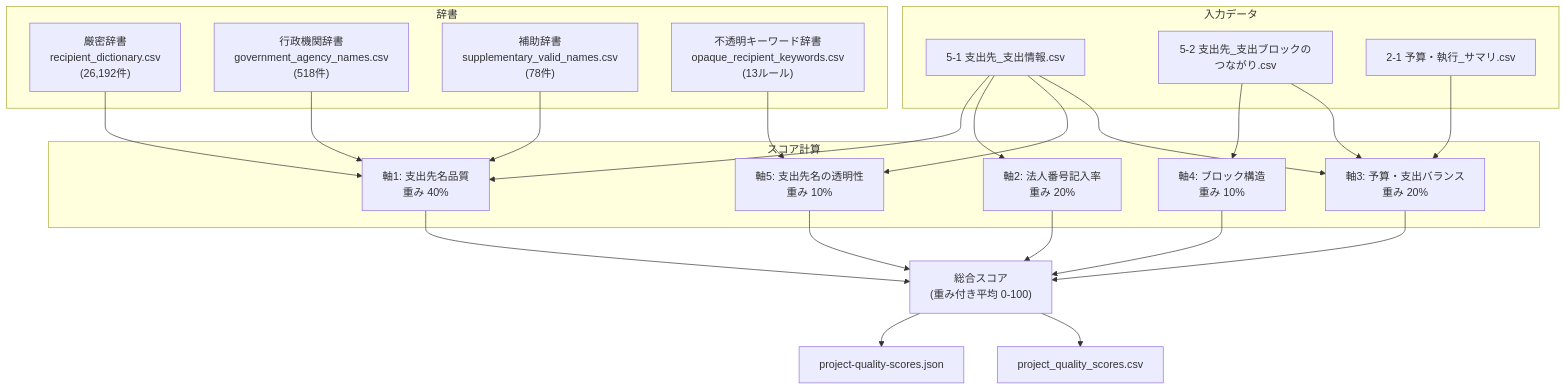
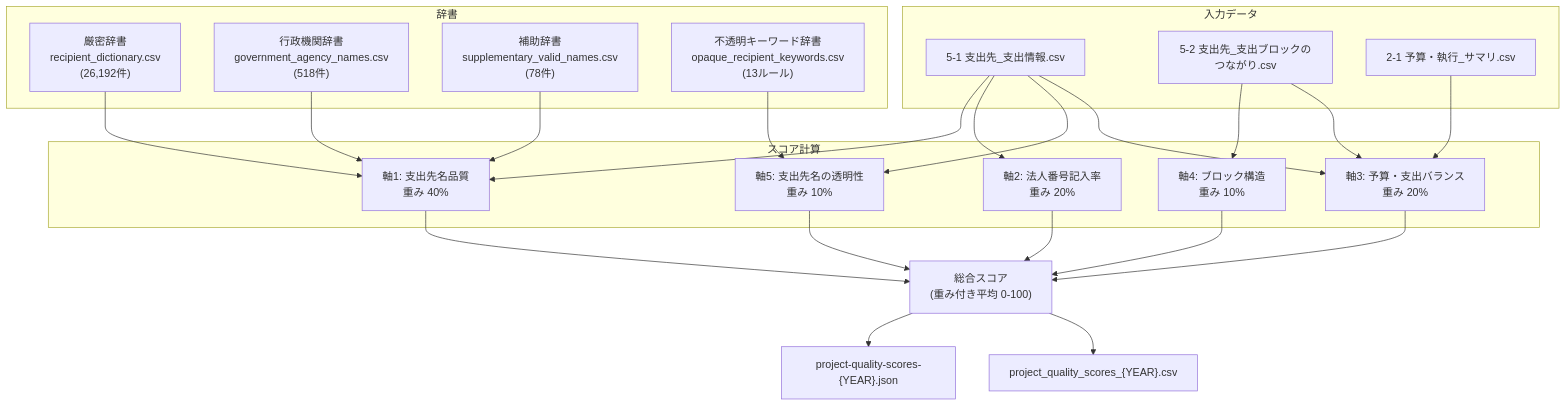
One commit to igomuni/marumie-rssystem changed the first of 11 diagrams in docs/quality-scoring-guide.md. Above: the diagram before and after it, drawn with Mermaid. The commit also changed other lines of this file and 7 other files, not shown here.

````diff
--- a/docs/quality-scoring-guide.md
+++ b/docs/quality-scoring-guide.md
@@ -7,38 +7,38 @@
 ```mermaid
 flowchart TB
     subgraph 入力データ
         CSV1["5-1 支出先_支出情報.csv"]
         CSV2["5-2 支出先_支出ブロックのつながり.csv"]
         CSV3["2-1 予算・執行_サマリ.csv"]
     end
 
     subgraph 辞書
         DICT["厳密辞書<br/>recipient_dictionary.csv<br/>(26,192件)"]
         GOV["行政機関辞書<br/>government_agency_names.csv<br/>(518件)"]
         SUPP["補助辞書<br/>supplementary_valid_names.csv<br/>(78件)"]
         OPAQUE["不透明キーワード辞書<br/>opaque_recipient_keywords.csv<br/>(13ルール)"]
     end
 
     subgraph スコア計算
         A1["軸1: 支出先名品質<br/>重み 40%"]
         A2["軸2: 法人番号記入率<br/>重み 20%"]
         A3["軸3: 予算・支出バランス<br/>重み 20%"]
         A4["軸4: ブロック構造<br/>重み 10%"]
         A5["軸5: 支出先名の透明性<br/>重み 10%"]
     end
 
     CSV1 --> A1 & A2 & A5
     CSV2 --> A4
     CSV3 --> A3
     DICT --> A1
     GOV --> A1
     SUPP --> A1
     OPAQUE --> A5
     CSV1 --> A3
     CSV2 --> A3
 
     A1 & A2 & A3 & A4 & A5 --> TOTAL["総合スコア<br/>(重み付き平均 0-100)"]
 
-    TOTAL --> OUT_JSON["project-quality-scores.json"]
-    TOTAL --> OUT_CSV["project_quality_scores.csv"]
+    TOTAL --> OUT_JSON["project-quality-scores-{YEAR}.json"]
+    TOTAL --> OUT_CSV["project_quality_scores_{YEAR}.csv"]
 ```
````
